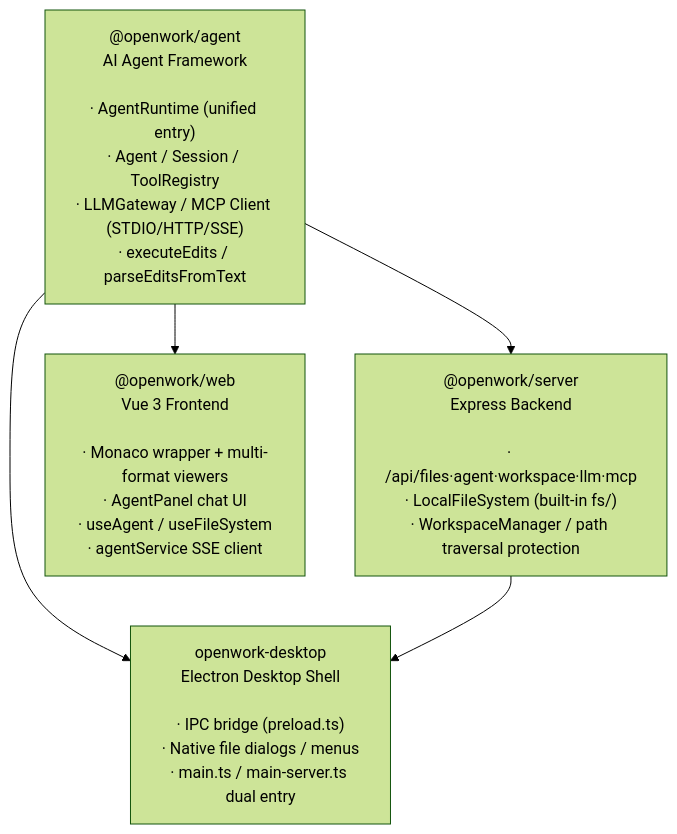
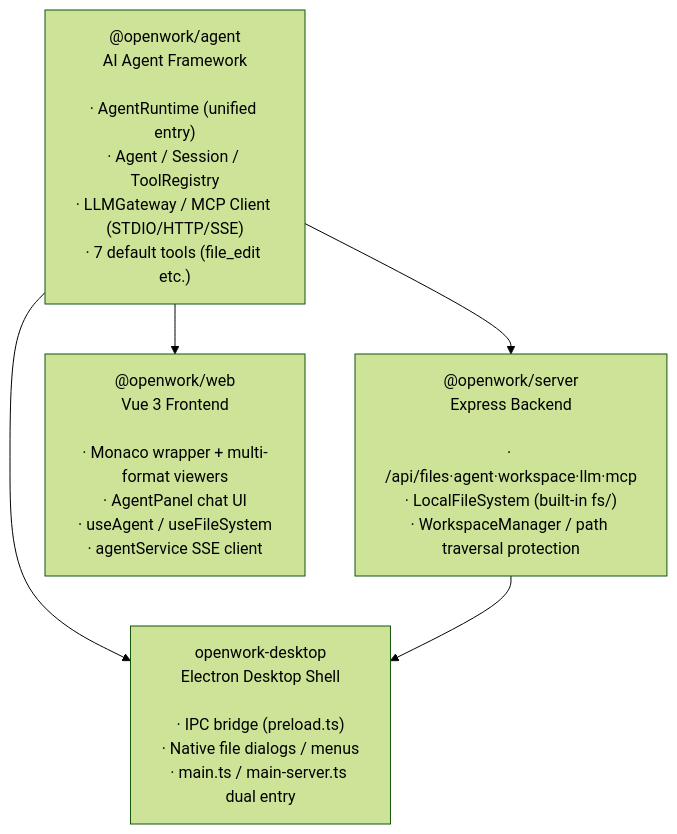
The first of 5 diagrams in README_EN.md (yishuw/Openwork_wy), drawn with Mermaid (forest theme) before and after one commit. The commit also changed other lines of this file and 7 other files, not shown here.

````diff
--- a/README_EN.md
+++ b/README_EN.md
@@ -160,12 +160,12 @@
 ```mermaid
 graph TD
-    agent["@openwork/agent<br/>AI Agent Framework<br/><br/>· AgentRuntime (unified entry)<br/>· Agent / Session / ToolRegistry<br/>· LLMGateway / MCP Client (STDIO/HTTP/SSE)<br/>· executeEdits / parseEditsFromText"]
+    agent["@openwork/agent<br/>AI Agent Framework<br/><br/>· AgentRuntime (unified entry)<br/>· Agent / Session / ToolRegistry<br/>· LLMGateway / MCP Client (STDIO/HTTP/SSE)<br/>· 7 default tools (file_edit etc.)"]
     server["@openwork/server<br/>Express Backend<br/><br/>· /api/files·agent·workspace·llm·mcp<br/>· LocalFileSystem (built-in fs/)<br/>· WorkspaceManager / path traversal protection"]
     web["@openwork/web<br/>Vue 3 Frontend<br/><br/>· Monaco wrapper + multi-format viewers<br/>· AgentPanel chat UI<br/>· useAgent / useFileSystem<br/>· agentService SSE client"]
     electron["openwork-desktop<br/>Electron Desktop Shell<br/><br/>· IPC bridge (preload.ts)<br/>· Native file dialogs / menus<br/>· main.ts / main-server.ts dual entry"]
 
     agent --> server
     agent --> web
     agent --> electron
     server --> electron
 ```
````
